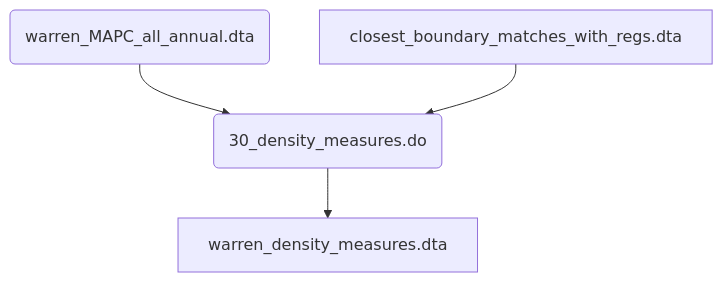
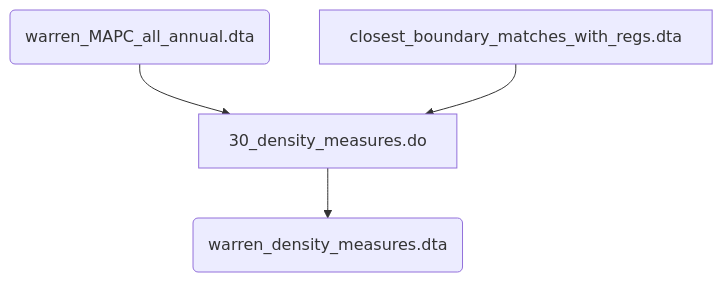
The fourth of 7 diagrams in code/data_setup/README.md (nchiumenti/boston_zoning), drawn with Mermaid before and after one commit. The commit also changed other lines of this file, not shown here.

````diff
--- a/code/data_setup/README.md
+++ b/code/data_setup/README.md
@@ -96,12 +96,11 @@
 ```mermaid
 flowchart TD
     A(warren_MAPC_all_annual.dta)
     B[closest_boundary_matches_with_regs.dta];
-    C(30_density_measures.do)
-    D[warren_density_measures.dta]
+    C[30_density_measures.do]
+    D(warren_density_measures.dta)
 
 A --> C
 B --> C
 C-->D
-    
 ```
````
